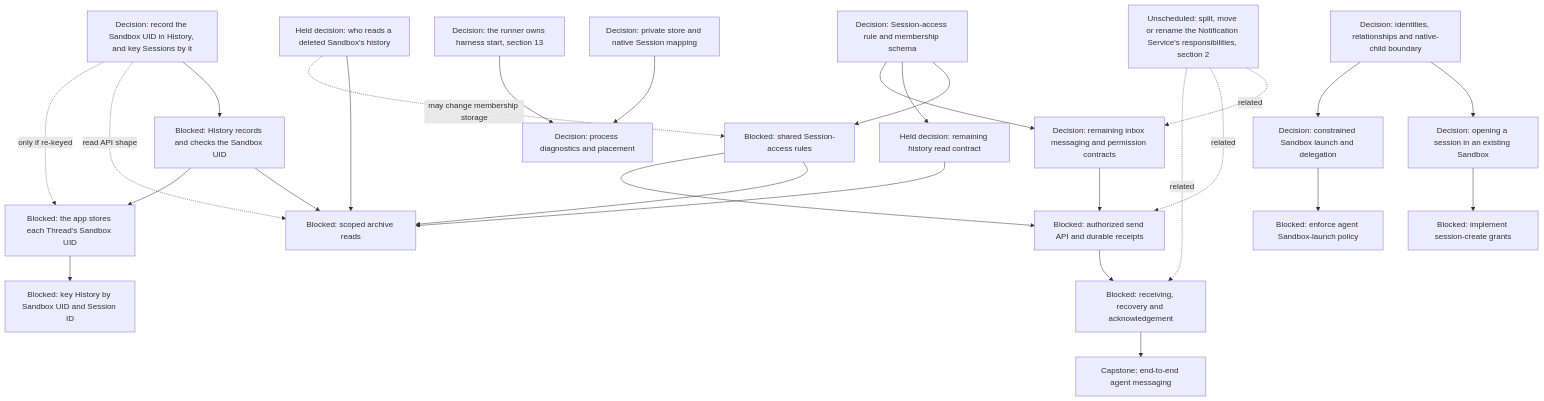
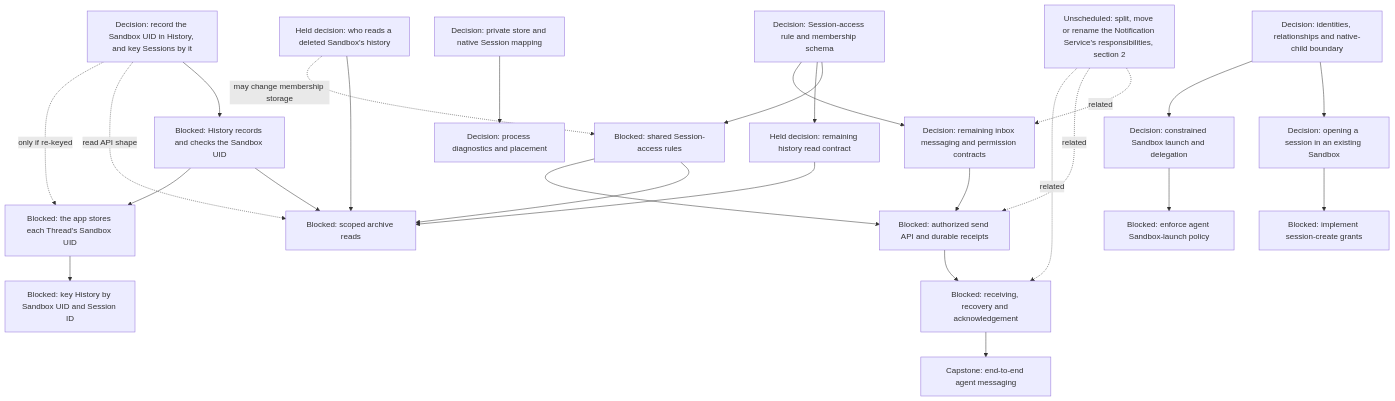
The fifth of 16 diagrams in agentplane/plans/task_dag.md (agentydragon-agent/ducktape), drawn with Mermaid before and after one commit. The commit also changed other lines of this file and 86 other files, not shown here.

First line of the commit message:
Make the runner own harness startup and reconciliation (#10950)

````diff
--- a/agentplane/plans/task_dag.md
+++ b/agentplane/plans/task_dag.md
@@ -250,49 +250,48 @@
 ```mermaid
 flowchart TD
     MULTIAGENT_MODEL[Decision: identities, relationships and native-child boundary]
     SESSION_ACCESS_RULES_DESIGN[Decision: Session-access rule and membership schema]
     SESSION_ACCESS_RULES[Blocked: shared Session-access rules]
     THREAD_READ_POLICY_DESIGN[Held decision: remaining history read contract]
     HISTORY_ACCESS_AFTER_DELETION[Held decision: who reads a deleted Sandbox's history]
     THREAD_READ_POLICY[Blocked: scoped archive reads]
     HISTORY_SESSION_KEY_DESIGN[Decision: record the Sandbox UID in History, and key Sessions by it]
     HISTORY_SANDBOX_UID[Blocked: History records and checks the Sandbox UID]
     APP_THREAD_SANDBOX_UID[Blocked: the app stores each Thread's Sandbox UID]
     HISTORY_SESSION_REKEY[Blocked: key History by Sandbox UID and Session ID]
     AGENT_MESSAGING_DESIGN[Decision: remaining inbox messaging and permission contracts]
     AGENT_MESSAGE_INGRESS[Blocked: authorized send API and durable receipts]
     AGENT_MESSAGE_RECEPTION[Blocked: receiving, recovery and acknowledgement]
     AGENT_MESSAGING[Capstone: end-to-end agent messaging]
     THREAD_CREATE_POLICY[Decision: opening a session in an existing Sandbox]
     THREAD_CREATE_AUTHORIZATION[Blocked: implement session-create grants]
     AGENT_LAUNCH_POLICY_DESIGN[Decision: constrained Sandbox launch and delegation]
     AGENT_SANDBOX_LAUNCH[Blocked: enforce agent Sandbox-launch policy]
     MULTIAGENT_MODEL --> THREAD_CREATE_POLICY
     MULTIAGENT_MODEL --> AGENT_LAUNCH_POLICY_DESIGN
     SESSION_ACCESS_RULES_DESIGN --> SESSION_ACCESS_RULES
     SESSION_ACCESS_RULES_DESIGN --> THREAD_READ_POLICY_DESIGN
     SESSION_ACCESS_RULES_DESIGN --> AGENT_MESSAGING_DESIGN
     THREAD_READ_POLICY_DESIGN --> THREAD_READ_POLICY
     HISTORY_ACCESS_AFTER_DELETION --> THREAD_READ_POLICY
     HISTORY_ACCESS_AFTER_DELETION -. may change membership storage .-> SESSION_ACCESS_RULES
     SESSION_ACCESS_RULES --> THREAD_READ_POLICY
     HISTORY_SESSION_KEY_DESIGN --> HISTORY_SANDBOX_UID
     HISTORY_SESSION_KEY_DESIGN -. read API shape .-> THREAD_READ_POLICY
     HISTORY_SESSION_KEY_DESIGN -. only if re-keyed .-> APP_THREAD_SANDBOX_UID
     HISTORY_SANDBOX_UID --> THREAD_READ_POLICY
     HISTORY_SANDBOX_UID --> APP_THREAD_SANDBOX_UID
     APP_THREAD_SANDBOX_UID --> HISTORY_SESSION_REKEY
     SESSION_ACCESS_RULES --> AGENT_MESSAGE_INGRESS
     AGENT_MESSAGING_DESIGN --> AGENT_MESSAGE_INGRESS
     AGENT_MESSAGE_INGRESS --> AGENT_MESSAGE_RECEPTION
     NOTIFICATION_SERVICE_SPLIT[Unscheduled: split, move or rename the Notification Service's responsibilities, section 2] -. related .-> AGENT_MESSAGING_DESIGN
     NOTIFICATION_SERVICE_SPLIT -. related .-> AGENT_MESSAGE_INGRESS
     NOTIFICATION_SERVICE_SPLIT -. related .-> AGENT_MESSAGE_RECEPTION
     AGENT_MESSAGE_RECEPTION --> AGENT_MESSAGING
     THREAD_CREATE_POLICY --> THREAD_CREATE_AUTHORIZATION
     AGENT_LAUNCH_POLICY_DESIGN --> AGENT_SANDBOX_LAUNCH
     RUNNER_HARNESS_OBJECTS_DESIGN[Decision: process diagnostics and placement]
     HARNESS_IDENTITY_DESIGN[Decision: private store and native Session mapping]
     HARNESS_IDENTITY_DESIGN --> RUNNER_HARNESS_OBJECTS_DESIGN
-    HARNESS_LIFECYCLE_OWNERSHIP[Decision: the runner owns harness start, section 13] --> RUNNER_HARNESS_OBJECTS_DESIGN
 ```
````
